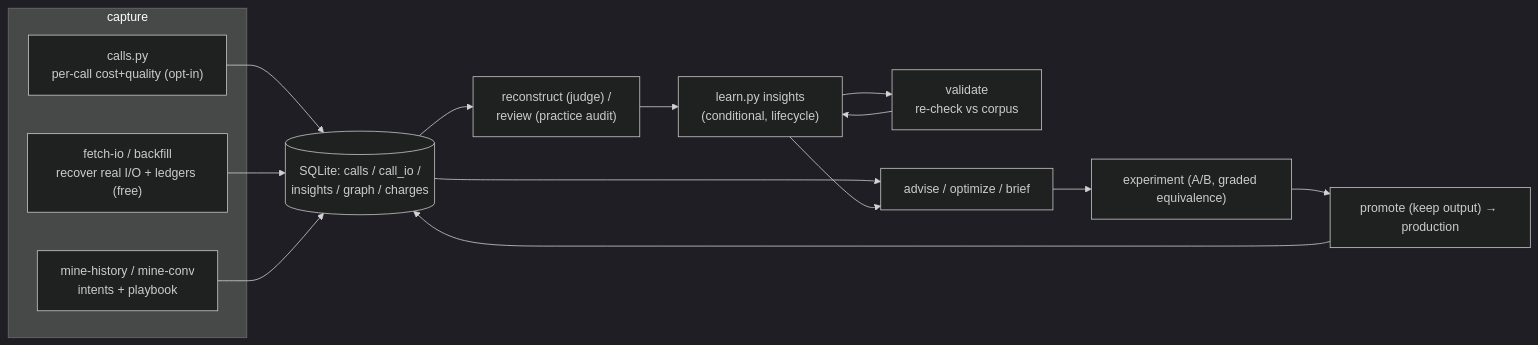
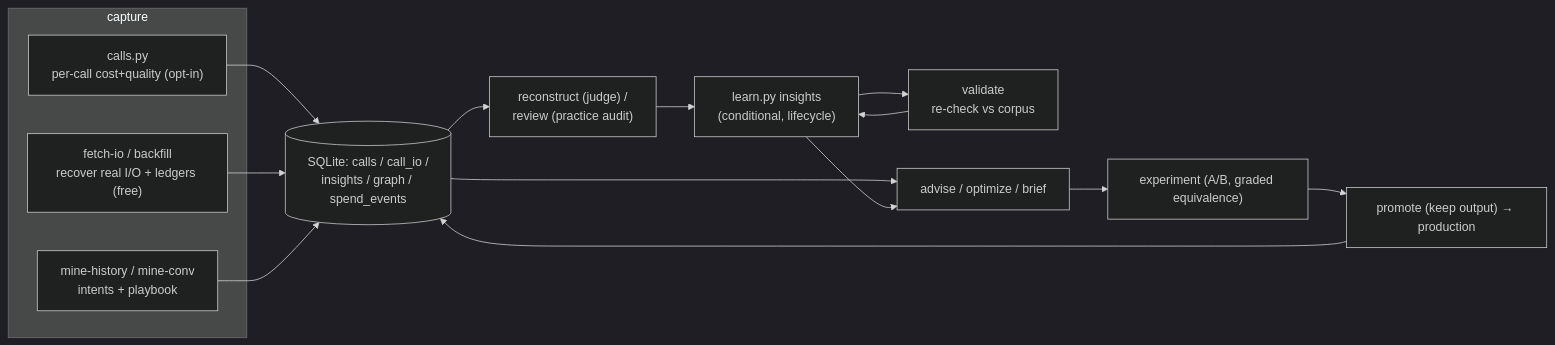
The fourth of 4 diagrams in docs/ARCHITECTURE.md (llmspendguard/llm-spendguard), drawn with Mermaid (dark theme) before and after one commit. The commit also changed other lines of this file and 3 other files, not shown here.

````diff
--- a/docs/ARCHITECTURE.md
+++ b/docs/ARCHITECTURE.md
@@ -328,20 +328,20 @@
 ```mermaid
 flowchart LR
     subgraph capture
       CALLS["calls.py<br/>per-call cost+quality (opt-in)"]
       FETCH["fetch-io / backfill<br/>recover real I/O + ledgers (free)"]
       MINE["mine-history / mine-conv<br/>intents + playbook"]
     end
-    CALLS --> CORPUS[("SQLite: calls / call_io /<br/>insights / graph / charges")]
+    CALLS --> CORPUS[("SQLite: calls / call_io /<br/>insights / graph / spend_events")]
     FETCH --> CORPUS
     MINE --> CORPUS
     CORPUS --> RECON["reconstruct (judge) /<br/>review (practice audit)"]
     RECON --> INS["learn.py insights<br/>(conditional, lifecycle)"]
     INS --> VAL["validate<br/>re-check vs corpus"]
     VAL --> INS
     CORPUS --> ADV["advise / optimize / brief"]
     INS --> ADV
     ADV --> EXP["experiment (A/B, graded equivalence)"]
     EXP --> PROM["promote (keep output) → production"]
     PROM --> CORPUS
 ```
````
